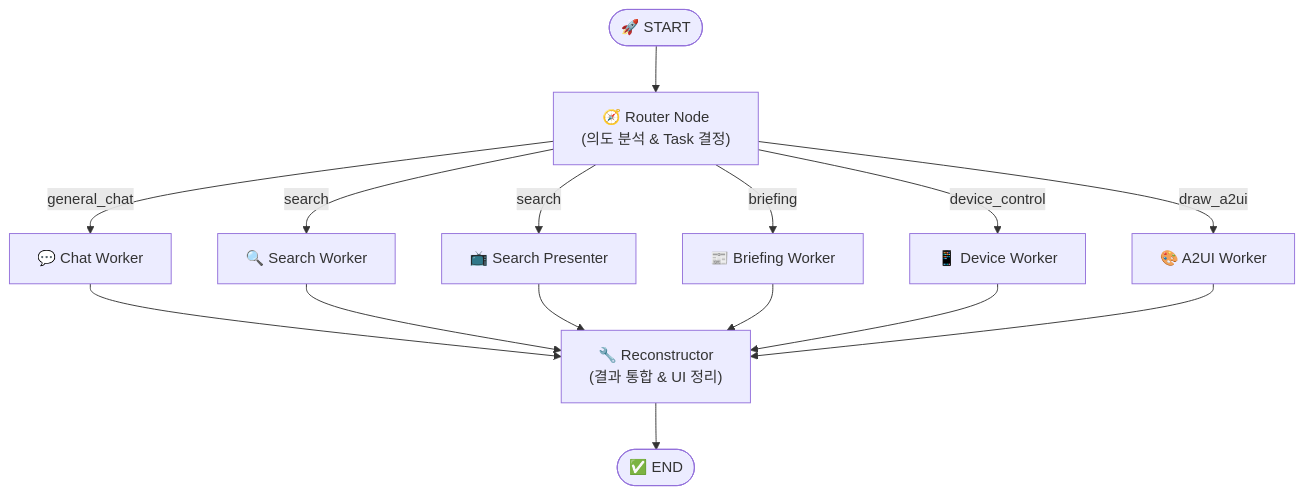
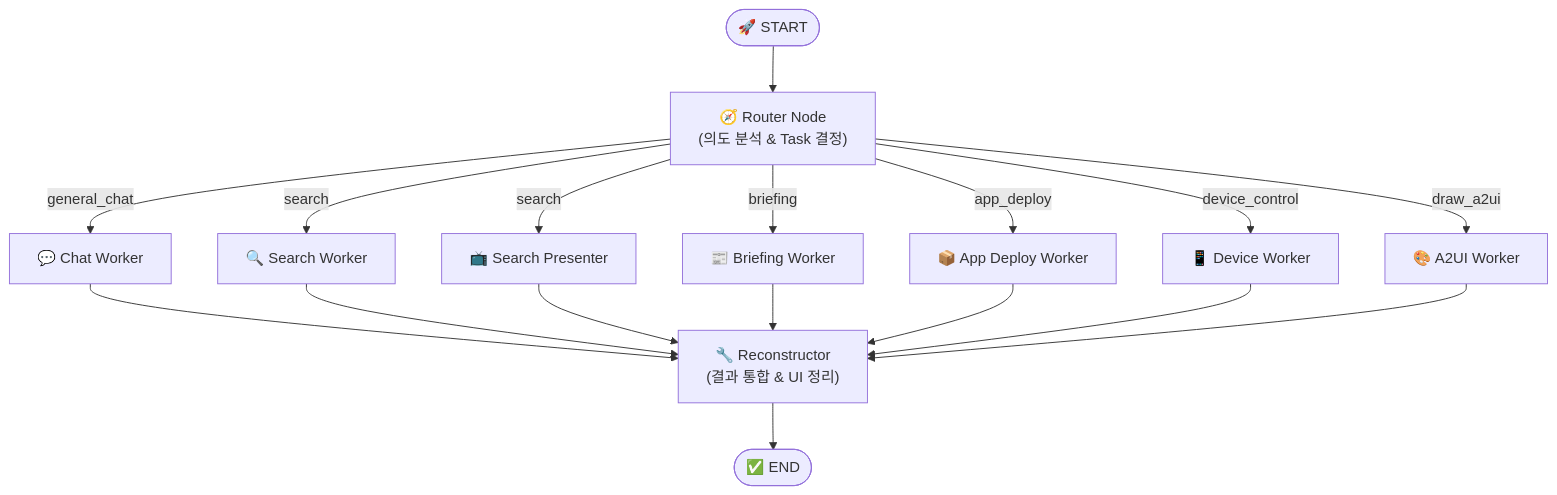
One commit to shyunMin/tizen-home-agent changed the first of 3 diagrams in README.md. Above: the diagram before and after it, drawn with Mermaid. The commit also changed other lines of this file and 3 other files, not shown here.

Commit message:
feat: add App Deploy Worker for remote app generation and deployment

````diff
--- a/README.md
+++ b/README.md
@@ -18,20 +18,22 @@
 ```mermaid
 graph TD
     START([🚀 START]) --> router_node["🧭 Router Node\n(의도 분석 & Task 결정)"]
     
     router_node -->|general_chat| chat_worker["💬 Chat Worker"]
     router_node -->|search| search_worker["🔍 Search Worker"]
     router_node -->|search| search_presenter["📺 Search Presenter"]
     router_node -->|briefing| briefing_worker["📰 Briefing Worker"]
+    router_node -->|app_deploy| app_deploy_worker["📦 App Deploy Worker"]
     router_node -->|device_control| device_worker["📱 Device Worker"]
     router_node -->|draw_a2ui| a2ui_worker["🎨 A2UI Worker"]
     
     chat_worker --> reconstructor["🔧 Reconstructor\n(결과 통합 & UI 정리)"]
     search_worker --> reconstructor
     search_presenter --> reconstructor
     briefing_worker --> reconstructor
+    app_deploy_worker --> reconstructor
     device_worker --> reconstructor
     a2ui_worker --> reconstructor
     
     reconstructor --> END([✅ END])
 ```
````
